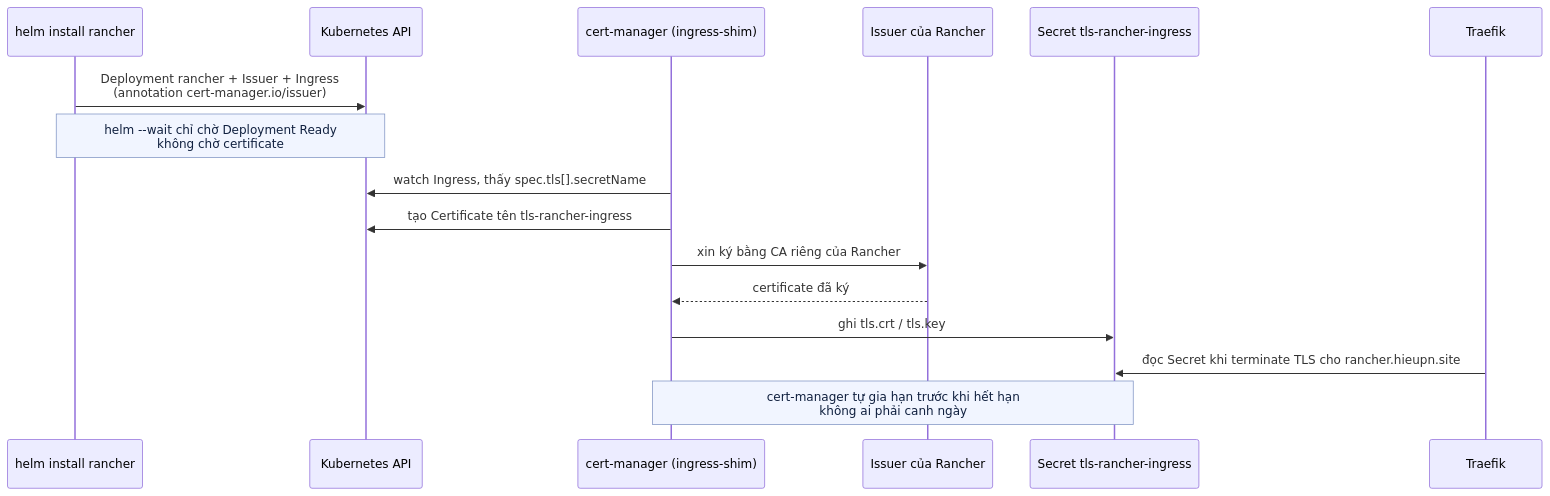
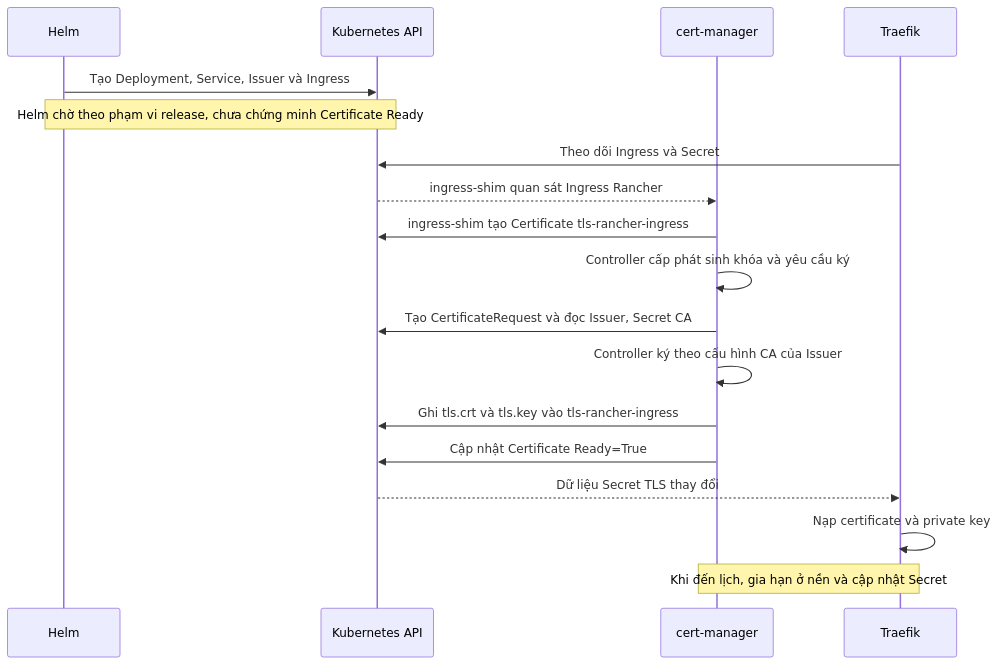
The eighth of 12 diagrams in cloudflare-rancher-docs/setup-rancher.md (hieupham259/ansible_playbook_k8s-installation), drawn with Mermaid before and after one commit. The commit also changed other lines of this file, not shown here.

Commit message:
docs: add Rancher certificate reading guide and clear lifecycle diagrams

````diff
--- a/cloudflare-rancher-docs/setup-rancher.md
+++ b/cloudflare-rancher-docs/setup-rancher.md
@@ -1450,20 +1576,21 @@
 ```mermaid
-%%{init: {"themeVariables": {"noteBkgColor": "#f1f5ff", "noteBorderColor": "#8094c4", "noteTextColor": "#10203f"}}}%%
 sequenceDiagram
-    participant H as helm install rancher
+    participant H as Helm
     participant API as Kubernetes API
-    participant CM as cert-manager (ingress-shim)
-    participant I as Issuer của Rancher
-    participant S as Secret tls-rancher-ingress
+    participant CM as cert-manager
     participant T as Traefik
 
-    H->>API: Deployment rancher + Issuer + Ingress<br/>(annotation cert-manager.io/issuer)
-    Note over H,API: helm --wait chỉ chờ Deployment Ready<br/>không chờ certificate
-    CM->>API: watch Ingress, thấy spec.tls[].secretName
-    CM->>API: tạo Certificate tên tls-rancher-ingress
-    CM->>I: xin ký bằng CA riêng của Rancher
-    I-->>CM: certificate đã ký
-    CM->>S: ghi tls.crt / tls.key
-    T->>S: đọc Secret khi terminate TLS cho rancher.hieupn.site
-    Note over CM,S: cert-manager tự gia hạn trước khi hết hạn<br/>không ai phải canh ngày
+    H->>API: Tạo Deployment, Service, Issuer và Ingress
+    Note over H,API: Helm chờ theo phạm vi release, chưa chứng minh Certificate Ready
+    T->>API: Theo dõi Ingress và Secret
+    API-->>CM: ingress-shim quan sát Ingress Rancher
+    CM->>API: ingress-shim tạo Certificate tls-rancher-ingress
+    CM->>CM: Controller cấp phát sinh khóa và yêu cầu ký
+    CM->>API: Tạo CertificateRequest và đọc Issuer, Secret CA
+    CM->>CM: Controller ký theo cấu hình CA của Issuer
+    CM->>API: Ghi tls.crt và tls.key vào tls-rancher-ingress
+    CM->>API: Cập nhật Certificate Ready=True
+    API-->>T: Dữ liệu Secret TLS thay đổi
+    T->>T: Nạp certificate và private key
+    Note over CM,T: Khi đến lịch, gia hạn ở nền và cập nhật Secret
 ```
````
